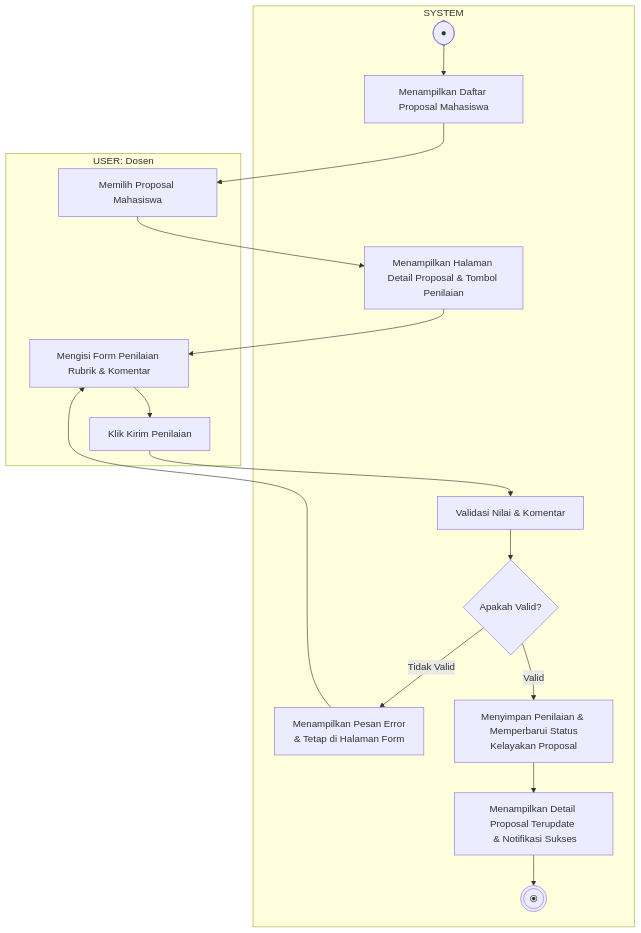
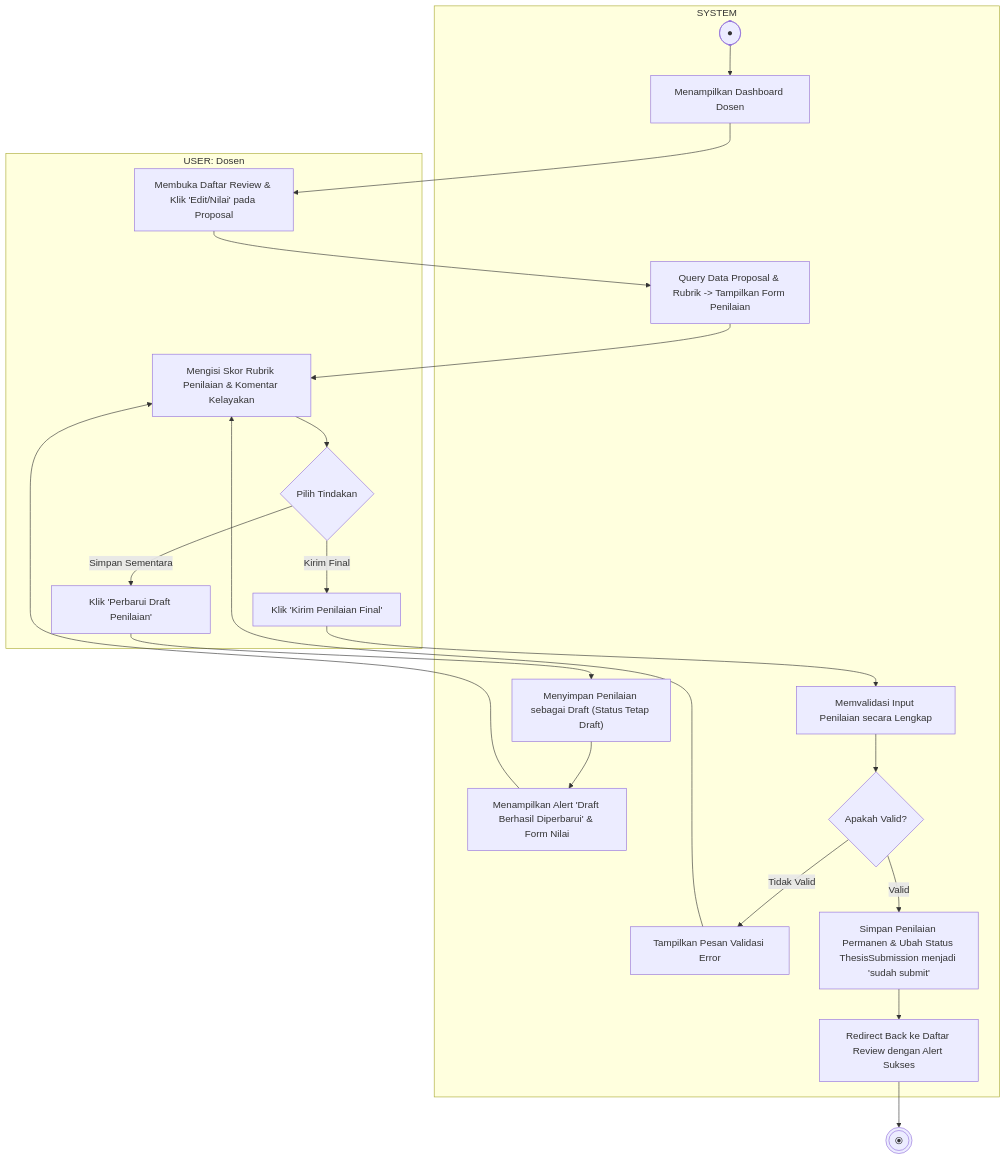
One commit to Duandi04/ta_submission changed the diagram in docs/uml/Activity Diagram/Dosen/activity_diagram_menilai_draft_proposal_mahasiswa.md. Above: the diagram before and after it, drawn with Mermaid. The commit also changed other lines of this file and 28 other files, not shown here.

Commit message:
refactor: implement program study settings and update UML documentation for Kaprodi configuration

````diff
--- a/docs/uml/Activity Diagram/Dosen/activity_diagram_menilai_draft_proposal_mahasiswa.md
+++ b/docs/uml/Activity Diagram/Dosen/activity_diagram_menilai_draft_proposal_mahasiswa.md
@@ -5,23 +5,49 @@
 ```mermaid
 flowchart TD
     subgraph USER [USER: Dosen]
-        F2[Memilih Proposal Mahasiswa]
-        F4[Mengisi Form Penilaian Rubrik & Komentar]
-        F5[Klik Kirim Penilaian]
+        F2["Membuka Daftar Review & Klik 'Edit/Nilai' pada Proposal"]
+        F4["Mengisi Skor Rubrik Penilaian & Komentar Kelayakan"]
+        
+        %% Deciding to Draft or Submit Final
+        F5{"Pilih Tindakan"}
+        F5_Draft["Klik 'Perbarui Draft Penilaian'"]
+        F5_Final["Klik 'Kirim Penilaian Final'"]
     end
 
     subgraph SYSTEM [SYSTEM]
-        Start([●]) --> F1[Menampilkan Daftar Proposal Mahasiswa]
-        F1 --> F2
-        F2 --> F3[Menampilkan Halaman Detail Proposal & Tombol Penilaian]
-        F3 --> F4
-        F4 --> F5
-        F5 --> F6[Validasi Nilai & Komentar]
-        F6 --> Decision{Apakah Valid?}
-        Decision -- Tidak Valid --> F7[Menampilkan Pesan Error <br/> & Tetap di Halaman Form]
-        F7 --> F4
-        Decision -- Valid --> F8[Menyimpan Penilaian & <br/> Memperbarui Status Kelayakan Proposal]
-        F8 --> F9[Menampilkan Detail Proposal Terupdate <br/> & Notifikasi Sukses]
-        F9 --> End(((⦿)))
+        Start([●]) --> F1["Menampilkan Dashboard Dosen"]
+        F3["Query Data Proposal & Rubrik -> Tampilkan Form Penilaian"]
+        
+        %% Handling Draft Save
+        F6_Draft["Menyimpan Penilaian sebagai Draft (Status Tetap Draft)"]
+        F7_Draft["Menampilkan Alert 'Draft Berhasil Diperbarui' & Form Nilai"]
+        
+        %% Handling Final Submit
+        F6_Final["Memvalidasi Input Penilaian secara Lengkap"]
+        F6_Final_Check{Apakah Valid?}
+        F6_Error["Tampilkan Pesan Validasi Error"]
+        F7_Final["Simpan Penilaian Permanen & Ubah Status ThesisSubmission menjadi 'sudah submit'"]
+        F8_Final["Redirect Back ke Daftar Review dengan Alert Sukses"]
     end
+
+    F1 --> F2
+    F2 --> F3
+    F3 --> F4
+    F4 --> F5
+    
+    %% Path A: Draft Save
+    F5 -->|Simpan Sementara| F5_Draft
+    F5_Draft --> F6_Draft
+    F6_Draft --> F7_Draft
+    F7_Draft --> F4
+    
+    %% Path B: Final Submit
+    F5 -->|Kirim Final| F5_Final
+    F5_Final --> F6_Final
+    F6_Final --> F6_Final_Check
+    F6_Final_Check -->|Tidak Valid| F6_Error
+    F6_Error --> F4
+    F6_Final_Check -->|Valid| F7_Final
+    F7_Final --> F8_Final
+    F8_Final --> End(((⦿)))
 ```
````
